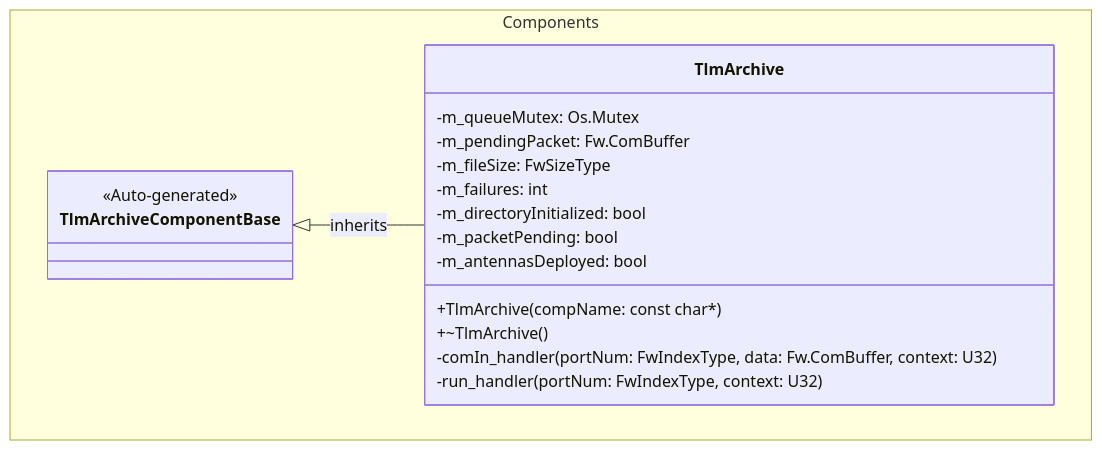
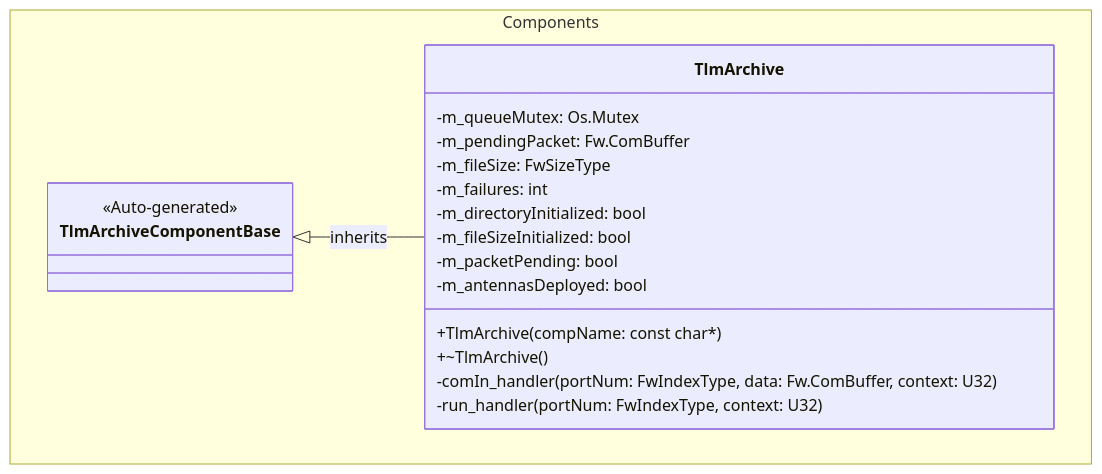
The first of 2 diagrams in PROVESFlightControllerReference/Components/TlmArchive/docs/sdd.md (Open-Source-Space-Foundation/proves-core-reference), drawn with Mermaid before and after one commit. The commit also changed other lines of this file and 2 other files, not shown here.

Commit message:
check file size only once

````diff
--- a/PROVESFlightControllerReference/Components/TlmArchive/docs/sdd.md
+++ b/PROVESFlightControllerReference/Components/TlmArchive/docs/sdd.md
@@ -56,24 +57,25 @@
 ```mermaid
 classDiagram
     namespace Components {
         class TlmArchiveComponentBase {
             <<Auto-generated>>
         }
 
         class TlmArchive {
             +TlmArchive(compName: const char*)
             +~TlmArchive()
             -comIn_handler(portNum: FwIndexType, data: Fw.ComBuffer, context: U32)
             -run_handler(portNum: FwIndexType, context: U32)
             -m_queueMutex: Os.Mutex
             -m_pendingPacket: Fw.ComBuffer
             -m_fileSize: FwSizeType
             -m_failures: int
             -m_directoryInitialized: bool
+            -m_fileSizeInitialized: bool
             -m_packetPending: bool
             -m_antennasDeployed: bool
         }
     }
 
     TlmArchiveComponentBase <|-- TlmArchive : inherits
 ```
````
